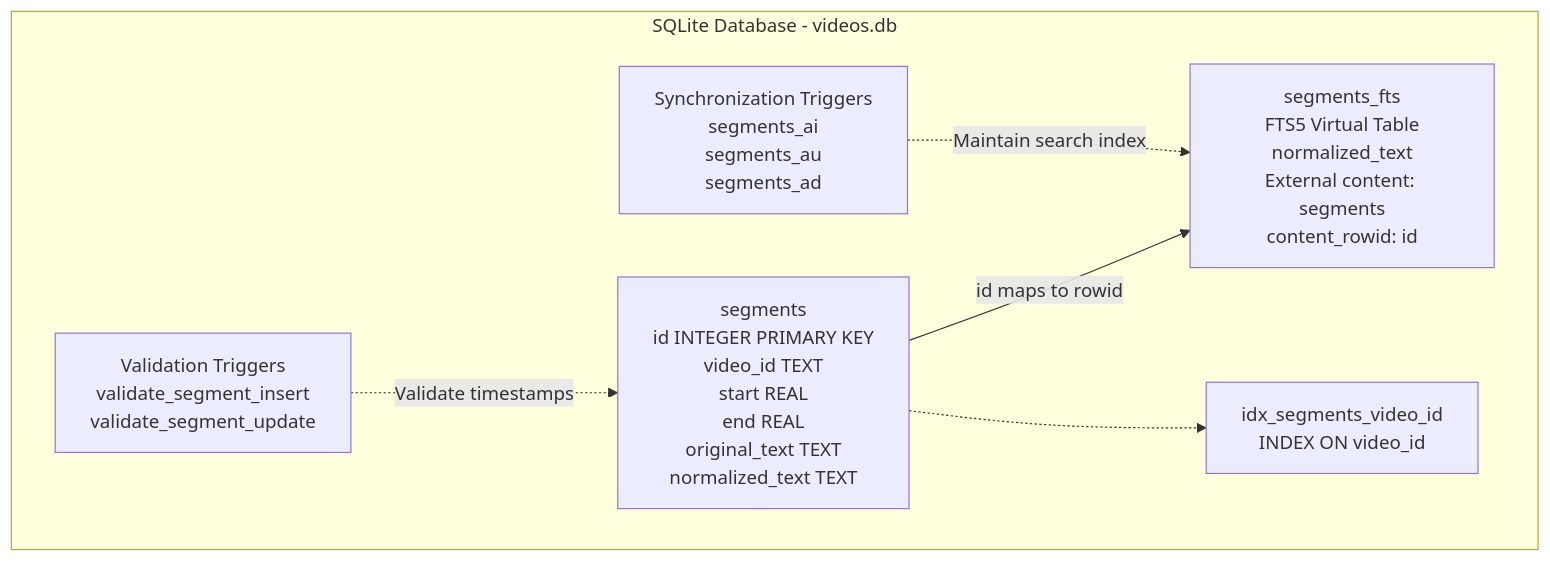
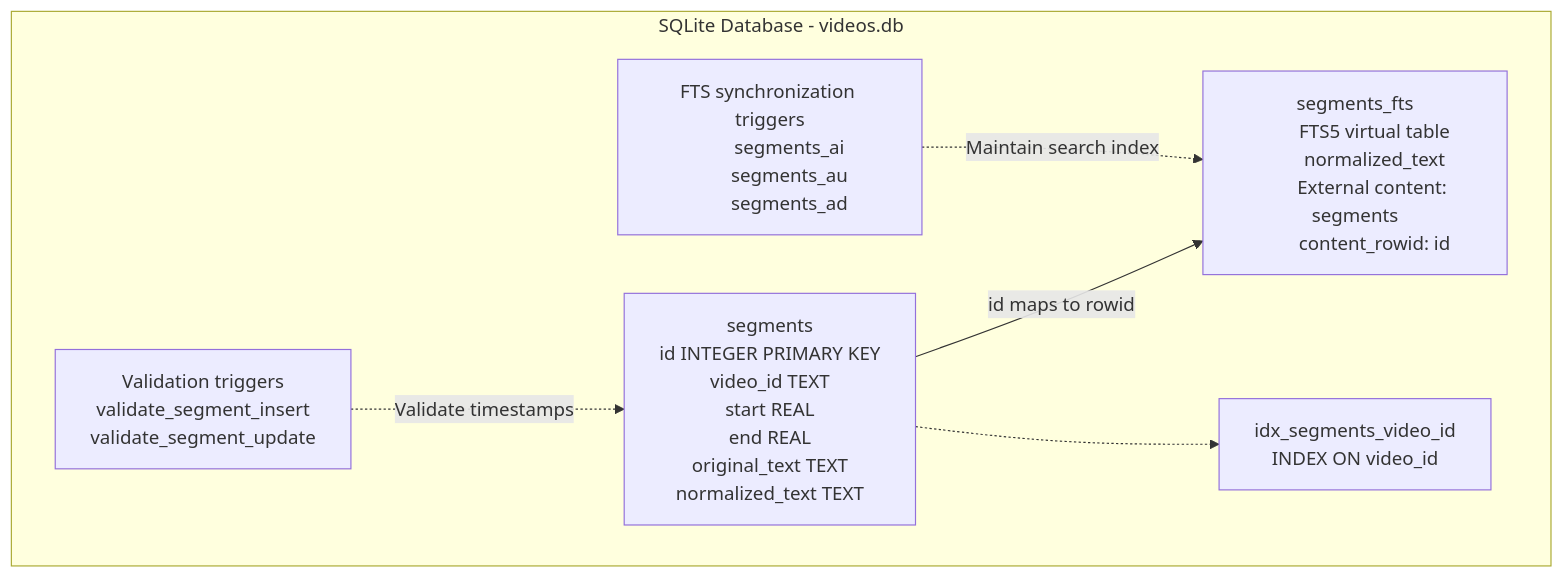
Before and after one commit to Momen-Abd32/Development-of-an-Arabic-Transcript-Based-Video-Indexing-and-Clip-Search-System: the first of 2 diagrams in README.md, drawn with Mermaid. The commit also changed other lines of this file, not shown here.

````diff
--- a/README.md
+++ b/README.md
@@ -106,19 +144,35 @@
 ```mermaid
 flowchart TB
     subgraph DB["SQLite Database - videos.db"]
-        SEG["segments<br/>id INTEGER PRIMARY KEY<br/>video_id TEXT<br/>start REAL<br/>end REAL<br/>original_text TEXT<br/>normalized_text TEXT"]
+        SEG["segments
+        id INTEGER PRIMARY KEY
+        video_id TEXT
+        start REAL
+        end REAL
+        original_text TEXT
+        normalized_text TEXT"]
 
-        FTS["segments_fts<br/>FTS5 Virtual Table<br/>normalized_text<br/>External content: segments<br/>content_rowid: id"]
+        FTS["segments_fts
+        FTS5 virtual table
+        normalized_text
+        External content: segments
+        content_rowid: id"]
 
-        IDX["idx_segments_video_id<br/>INDEX ON video_id"]
+        IDX["idx_segments_video_id
+        INDEX ON video_id"]
 
-        VALIDATE["Validation Triggers<br/>validate_segment_insert<br/>validate_segment_update"]
+        VALIDATE["Validation triggers
+        validate_segment_insert
+        validate_segment_update"]
 
-        SYNC["Synchronization Triggers<br/>segments_ai<br/>segments_au<br/>segments_ad"]
+        SYNC["FTS synchronization triggers
+        segments_ai
+        segments_au
+        segments_ad"]
 
         SEG -->|"id maps to rowid"| FTS
         SEG -.-> IDX
         VALIDATE -.->|"Validate timestamps"| SEG
         SYNC -.->|"Maintain search index"| FTS
     end
 ```
````
